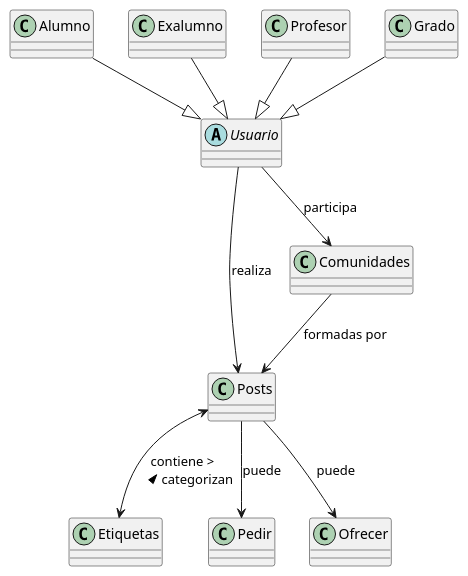
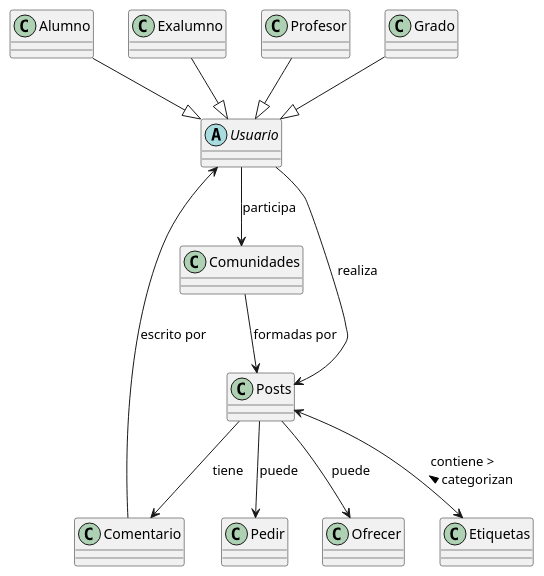
The diagram in modelosUML/Diagrama_Entidades.puml (mmasias/24-25-IdSw1-SDR), drawn with PlantUML before and after one commit.

```diff
--- a/modelosUML/Diagrama_Entidades.puml
+++ b/modelosUML/Diagrama_Entidades.puml
@@ -1,39 +1,29 @@
 @startuml
-abstract class Usuario {
-}
+abstract class Usuario
+class Alumno
+class Exalumno
+class Profesor
+class Grado
+class Posts
+class Comunidades
+class Etiquetas
+class Comentario
+class "Pedir"
+class "Ofrecer"
 
-class Alumno {
-}
-
-class Exalumno {
-}
-
-class Profesor {
-}
-
-class Grado {
-}
-
-' Definición de otras entidades del sistema
-class Posts {
-}
-
-class Comunidades {
-}
-
-class Etiquetas {
-}
-
+' Relaciones de herencia
 Alumno --|> Usuario
 Exalumno --|> Usuario
 Profesor --|> Usuario
 Grado --|> Usuario
 
-' Relaciones entre entidades
+' Relaciones entre clases
 Usuario --> Posts : realiza
 Usuario --> Comunidades : participa
 Comunidades --> Posts : formadas por
 Posts --> "Pedir" : puede
 Posts --> "Ofrecer" : puede
 Posts <--> Etiquetas : "contiene >     \n< categorizan"
+Posts --> Comentario : tiene
+Comentario --> Usuario : escrito por
 @enduml
```
